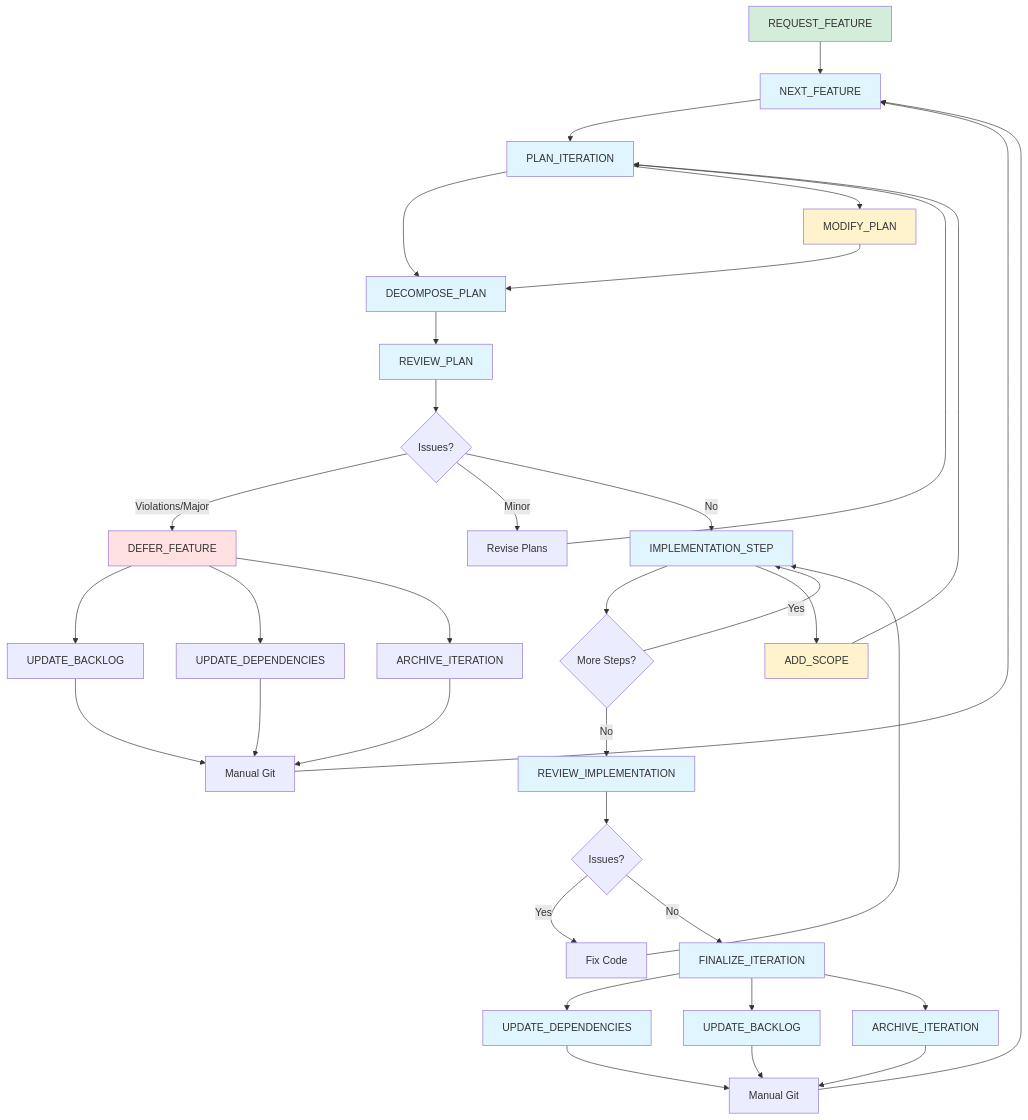
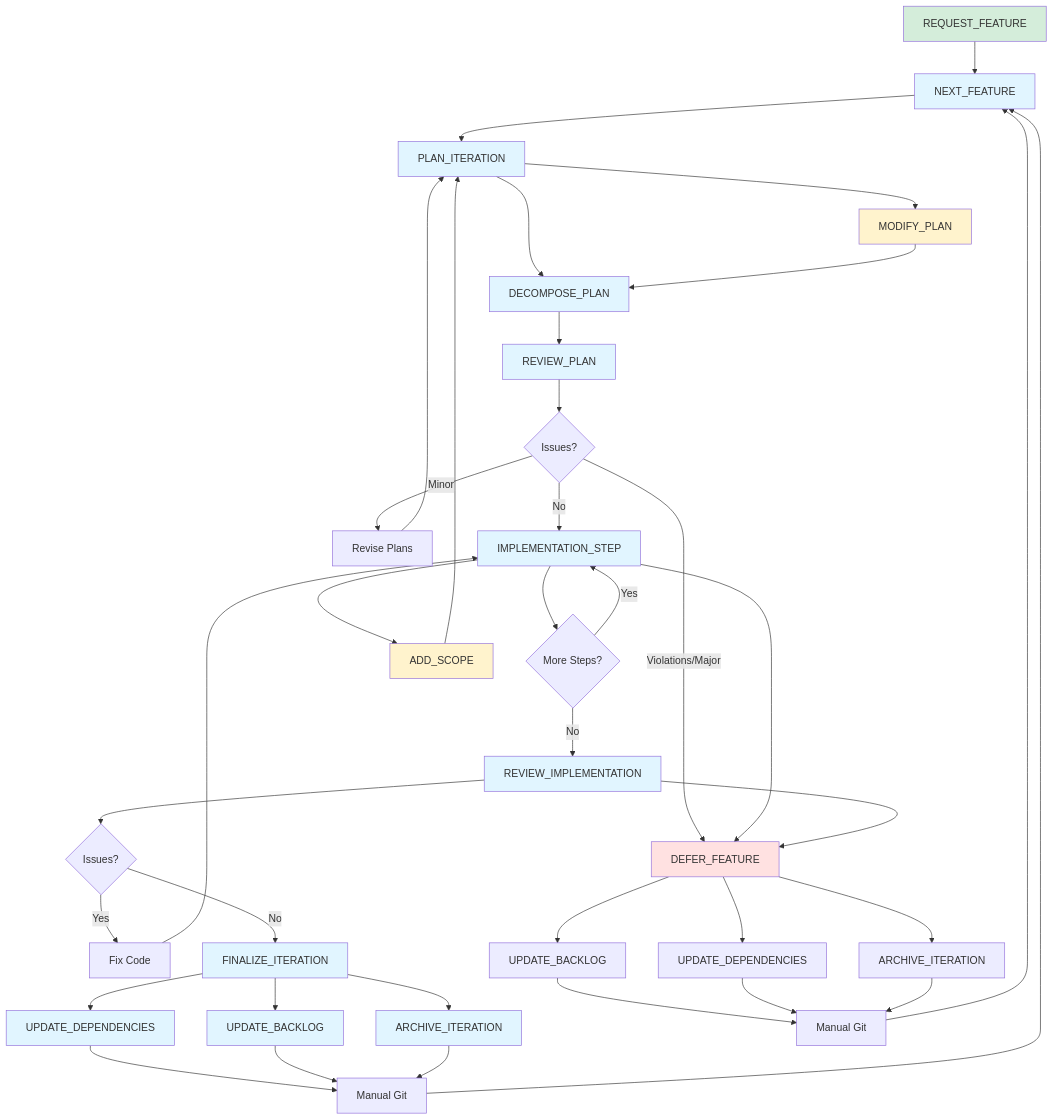
One commit to EvanLavender13/FrogLords changed the diagram in TASKS/WORKFLOW.md. Above: the diagram before and after it, drawn with Mermaid. The commit also changed other lines of this file, not shown here.

First line of the commit message:
docs: update workflow to support implementation-phase deferral

````diff
--- a/TASKS/WORKFLOW.md
+++ b/TASKS/WORKFLOW.md
@@ -5,54 +5,58 @@
 ```mermaid
 graph TD
     REQ[REQUEST_FEATURE] --> A[NEXT_FEATURE]
     A --> B[PLAN_ITERATION]
     B --> C[DECOMPOSE_PLAN]
     C --> D[REVIEW_PLAN]
     D --> E{Issues?}
     E -->|Violations/Major| F[DEFER_FEATURE]
     E -->|Minor| G[Revise Plans]
     G --> B
     E -->|No| H[IMPLEMENTATION_STEP]
     H --> I{More Steps?}
     I -->|Yes| H
     I -->|No| J[REVIEW_IMPLEMENTATION]
     J --> K{Issues?}
     K -->|Yes| L[Fix Code]
     L --> H
     K -->|No| M[FINALIZE_ITERATION]
     M --> N[UPDATE_DEPENDENCIES]
     M --> O[UPDATE_BACKLOG]
     M --> P[ARCHIVE_ITERATION]
     N --> Q[Manual Git]
     O --> Q
     P --> Q
     Q --> A
     F --> R[UPDATE_BACKLOG]
     F --> S[UPDATE_DEPENDENCIES]
     F --> T[ARCHIVE_ITERATION]
     R --> U[Manual Git]
     S --> U
     T --> U
     U --> A
     
     %% Mid-iteration scope changes
     H --> AS[ADD_SCOPE]
     AS --> B
     B --> MP[MODIFY_PLAN]
     MP --> C
     
+    %% Implementation-phase deferral
+    H --> F
+    J --> F
+    
     style REQ fill:#d4edda
     style A fill:#e1f5ff
     style B fill:#e1f5ff
     style C fill:#e1f5ff
     style D fill:#e1f5ff
     style F fill:#ffe1e1
     style H fill:#e1f5ff
     style J fill:#e1f5ff
     style M fill:#e1f5ff
     style N fill:#e1f5ff
     style O fill:#e1f5ff
     style P fill:#e1f5ff
     style AS fill:#fff3cd
     style MP fill:#fff3cd
 ```
````
